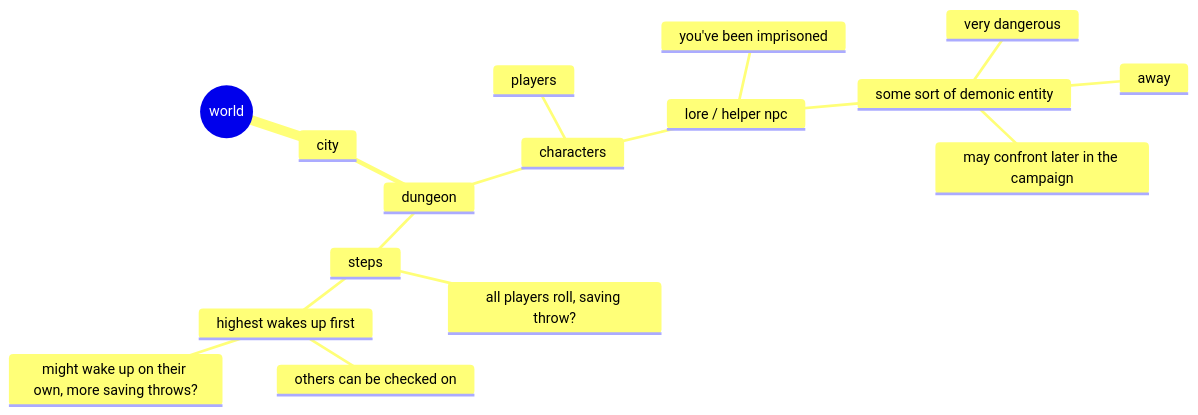
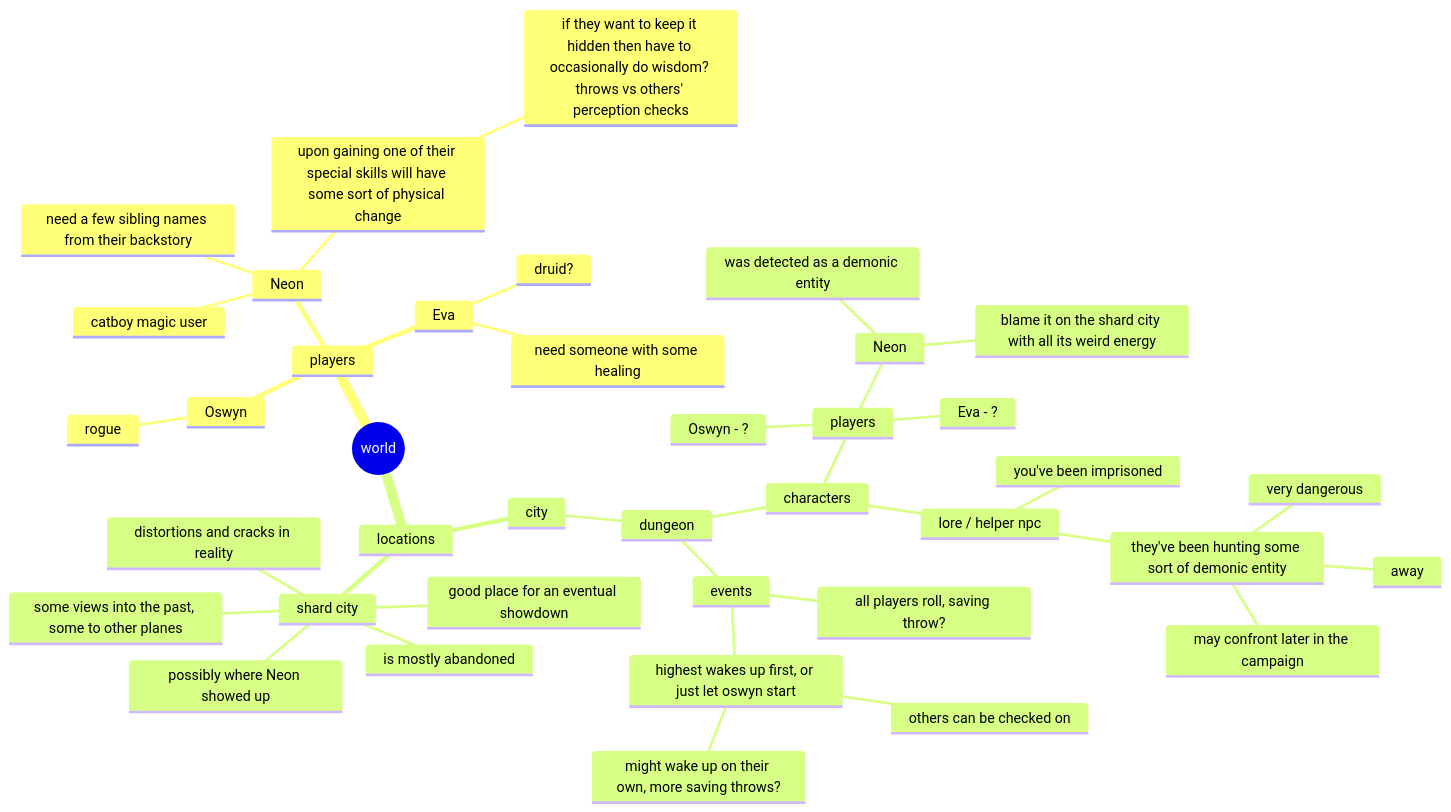
Before and after one commit to defiant00/dnd: the diagram in README.md, drawn with Mermaid.

````diff
--- a/README.md
+++ b/README.md
@@ -1,19 +1,42 @@
 ```mermaid
 mindmap
   ((world))
-    city
-      dungeon
-        characters
-          players
-          lore / helper npc
-            you've been imprisoned
-            some sort of demonic entity
-              very dangerous
-              away
-              may confront later in the campaign
-        steps
-          all players roll, saving throw?
-          highest wakes up first
-            others can be checked on
-            might wake up on their own, more saving throws?
+    players
+      Oswyn
+        rogue
+      Neon
+        catboy magic user
+        need a few sibling names from their backstory
+        upon gaining one of their special skills will have some sort of physical change
+          if they want to keep it hidden then have to occasionally do wisdom? throws vs others' perception checks
+      Eva
+        druid?
+        need someone with some healing
+    locations
+      city
+        dungeon
+          characters
+            players
+              Oswyn - ?
+              Neon
+                was detected as a demonic entity
+                blame it on the shard city with all its weird energy
+              Eva - ?
+            lore / helper npc
+              you've been imprisoned
+              they've been hunting some sort of demonic entity
+                very dangerous
+                away
+                may confront later in the campaign
+          events
+            all players roll, saving throw?
+            highest wakes up first, or just let oswyn start
+              others can be checked on
+              might wake up on their own, more saving throws?
+      shard city
+        distortions and cracks in reality
+        is mostly abandoned
+        some views into the past, some to other planes
+        possibly where Neon showed up
+        good place for an eventual showdown
 ```
````
